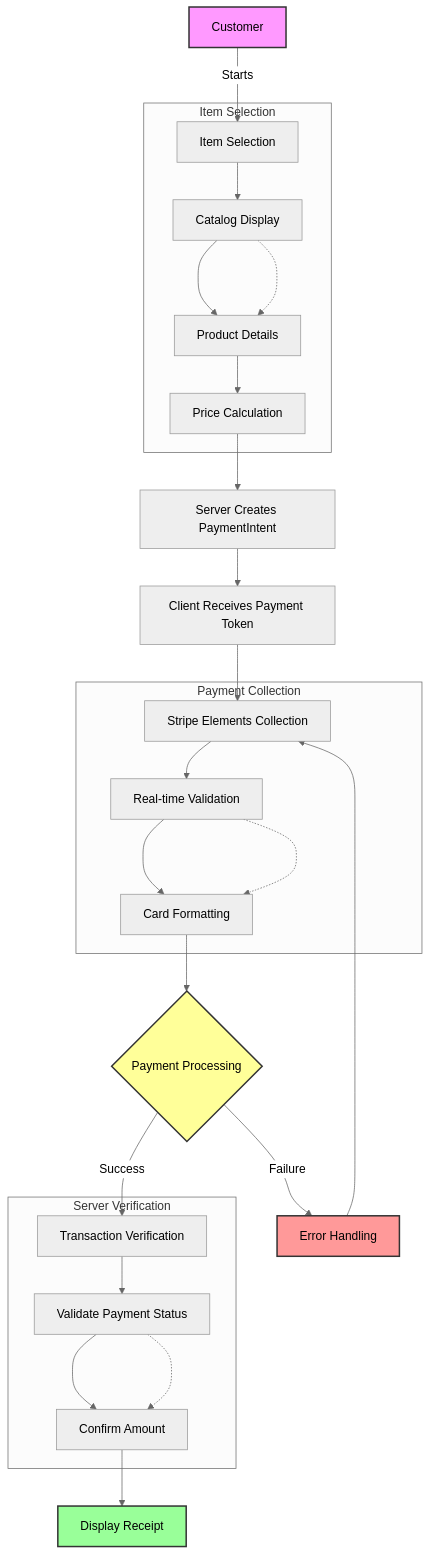
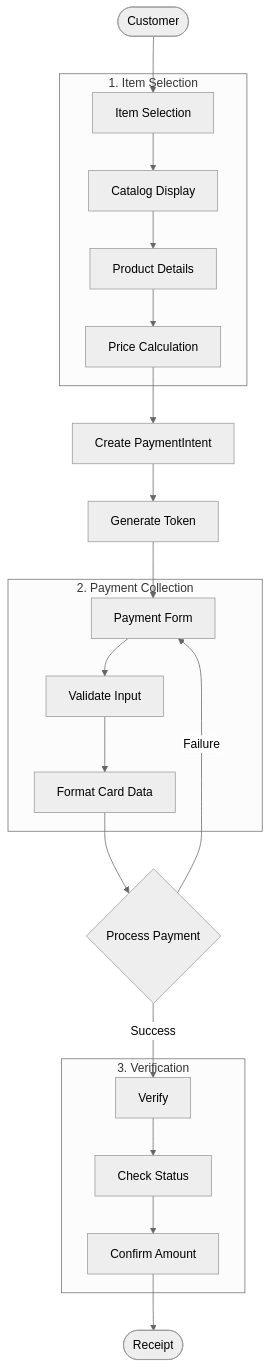
One commit to therealkevops/sa-thp-solution changed the diagram in README.md. Above: the diagram before and after it, drawn with Mermaid (neutral theme).

Commit message:
minor edits

````diff
--- a/README.md
+++ b/README.md
@@ -65,42 +65,30 @@
 ```mermaid
 flowchart TD
-    A[Customer] -->|Starts| B[Item Selection]
+    A([Customer]) --> B[Item Selection]
     
-    subgraph "Item Selection"
-        B --> B1[Catalog Display]
-        B1 --> B2[Product Details]
-        B2 --> B3[Price Calculation]
+    subgraph "1. Item Selection"
+    B --> B1[Catalog Display]
+    B1 --> B2[Product Details]
+    B2 --> B3[Price Calculation]
     end
     
-    B3 --> C[Server Creates PaymentIntent]
-    C --> D[Client Receives Payment Token]
-    D --> E[Stripe Elements Collection]
+    B3 --> C[Create PaymentIntent]
+    C --> D[Generate Token]
+    D --> E[Payment Form]
     
-    subgraph "Payment Collection"
-        E --> E1[Real-time Validation]
-        E1 --> E2[Card Formatting]
+    subgraph "2. Payment Collection"
+    E --> E1[Validate Input]
+    E1 --> E2[Format Card Data]
     end
     
-    E2 --> F{Payment Processing}
-    F -->|Success| G[Transaction Verification]
-    F -->|Failure| I[Error Handling]
-    I --> E
+    E2 --> F{Process Payment}
+    F -->|Success| G[Verify]
+    F -->|Failure| E
     
-    subgraph "Server Verification"
-        G --> G1[Validate Payment Status]
-        G1 --> G2[Confirm Amount]
+    subgraph "3. Verification"
+    G --> G1[Check Status]
+    G1 --> G2[Confirm Amount]
     end
     
-    G2 --> H[Display Receipt]
-
-    %% Positioning hints
-    B1 -..-> B2
-    E1 -..-> E2
-    G1 -..-> G2
-    
-    %% Styling
-    style A fill:#f9f,stroke:#333,stroke-width:2px
-    style F fill:#ff9,stroke:#333,stroke-width:2px
-    style H fill:#9f9,stroke:#333,stroke-width:2px
-    style I fill:#f99,stroke:#333,stroke-width:2px
+    G2 --> H([Receipt])
 ```
````
